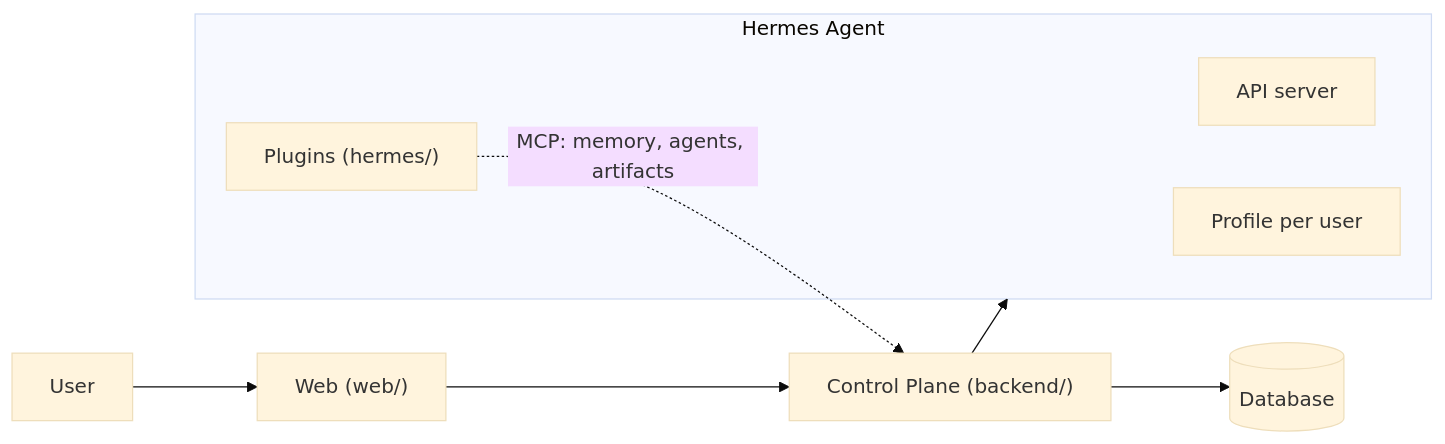
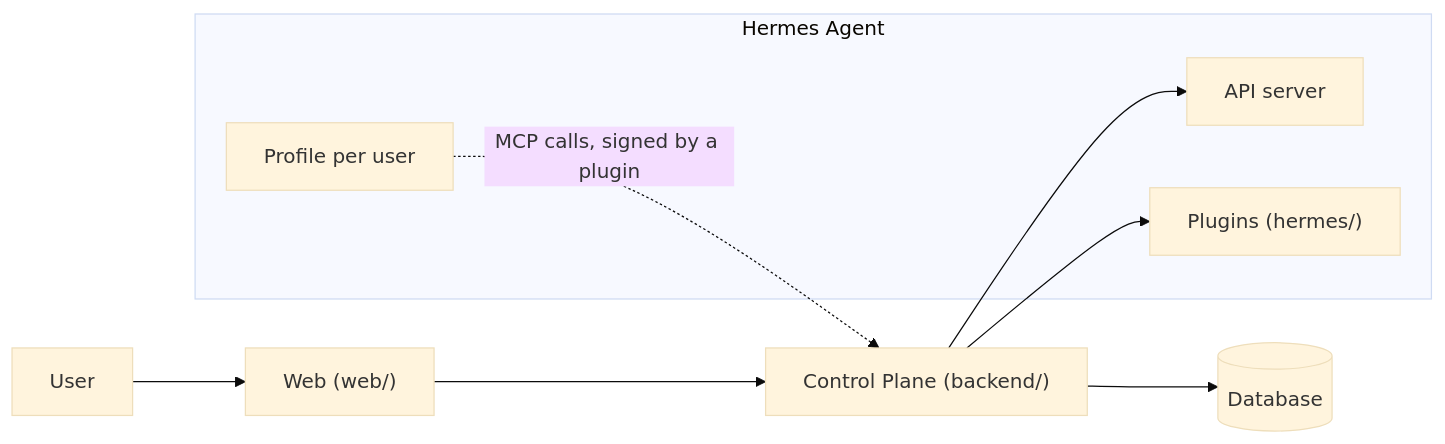
The diagram in README.md (jon890/fos-assistant), drawn with Mermaid (base theme) before and after one commit. The commit also changed other lines of this file and 3 other files, not shown here.

````diff
--- a/README.md
+++ b/README.md
@@ -60,13 +60,14 @@
 ```mermaid
 flowchart LR
     U[User] --> W["Web (web/)"]
     W --> C["Control Plane (backend/)"]
     C --> DB[(Database)]
-    C --> H
+    C --> A
+    C --> G
     subgraph H[Hermes Agent]
         A[API server]
         P[Profile per user]
         G["Plugins (hermes/)"]
     end
-    G -. "MCP: memory, agents, artifacts" .-> C
+    P -. "MCP calls, signed by a plugin" .-> C
 ```
````
